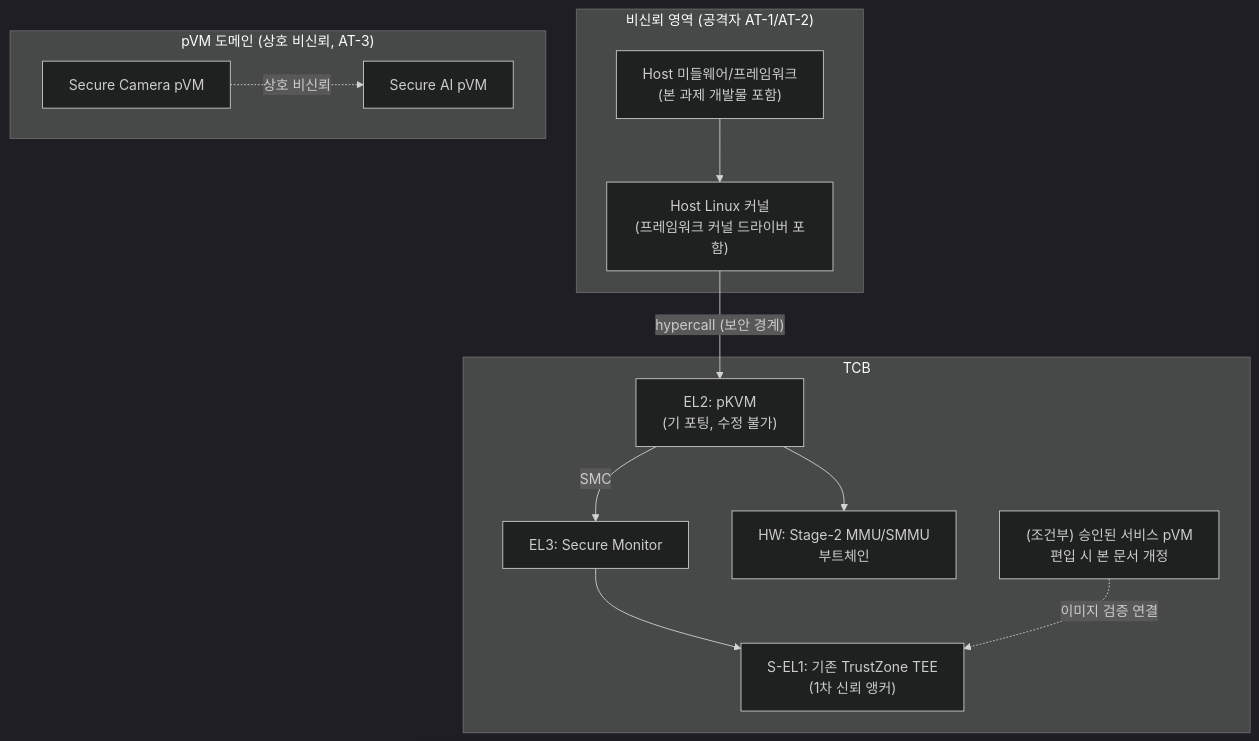
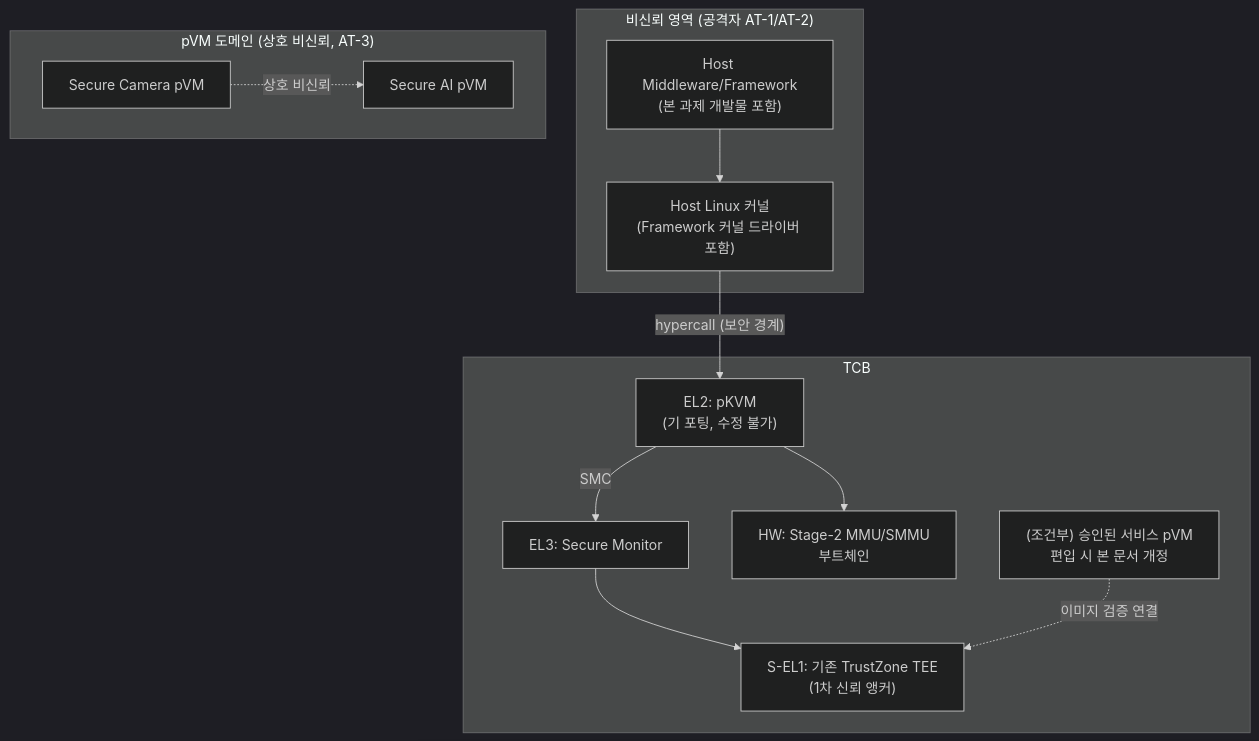
One commit to boram1288/test-p changed the diagram in docs/DP_old/DP-C-01_trust_model.md. Above: the diagram before and after it, drawn with Mermaid (dark theme). The commit also changed other lines of this file and 28 other files, not shown here.

````diff
--- a/docs/DP_old/DP-C-01_trust_model.md
+++ b/docs/DP_old/DP-C-01_trust_model.md
@@ -177,26 +177,26 @@
 ```mermaid
 flowchart TB
     subgraph untrusted["비신뢰 영역 (공격자 AT-1/AT-2)"]
-        APP["Host 미들웨어/프레임워크<br/>(본 과제 개발물 포함)"]
-        KERN["Host Linux 커널<br/>(프레임워크 커널 드라이버 포함)"]
+        APP["Host Middleware/Framework<br/>(본 과제 개발물 포함)"]
+        KERN["Host Linux 커널<br/>(Framework 커널 드라이버 포함)"]
     end
     subgraph pvms["pVM 도메인 (상호 비신뢰, AT-3)"]
         CAM["Secure Camera pVM"]
         AI["Secure AI pVM"]
     end
     subgraph tcb["TCB"]
         EL2["EL2: pKVM<br/>(기 포팅, 수정 불가)"]
         EL3["EL3: Secure Monitor"]
         TEE["S-EL1: 기존 TrustZone TEE<br/>(1차 신뢰 앵커)"]
         HW["HW: Stage-2 MMU/SMMU<br/>부트체인"]
         SVC["(조건부) 승인된 서비스 pVM<br/>편입 시 본 문서 개정"]
     end
 
     APP --> KERN
     KERN -->|"hypercall (보안 경계)"| EL2
     CAM -.->|"상호 비신뢰"| AI
     EL2 --> HW
     EL2 -->|"SMC"| EL3
     EL3 --> TEE
     SVC -.->|"이미지 검증 연결"| TEE
 ```
````
